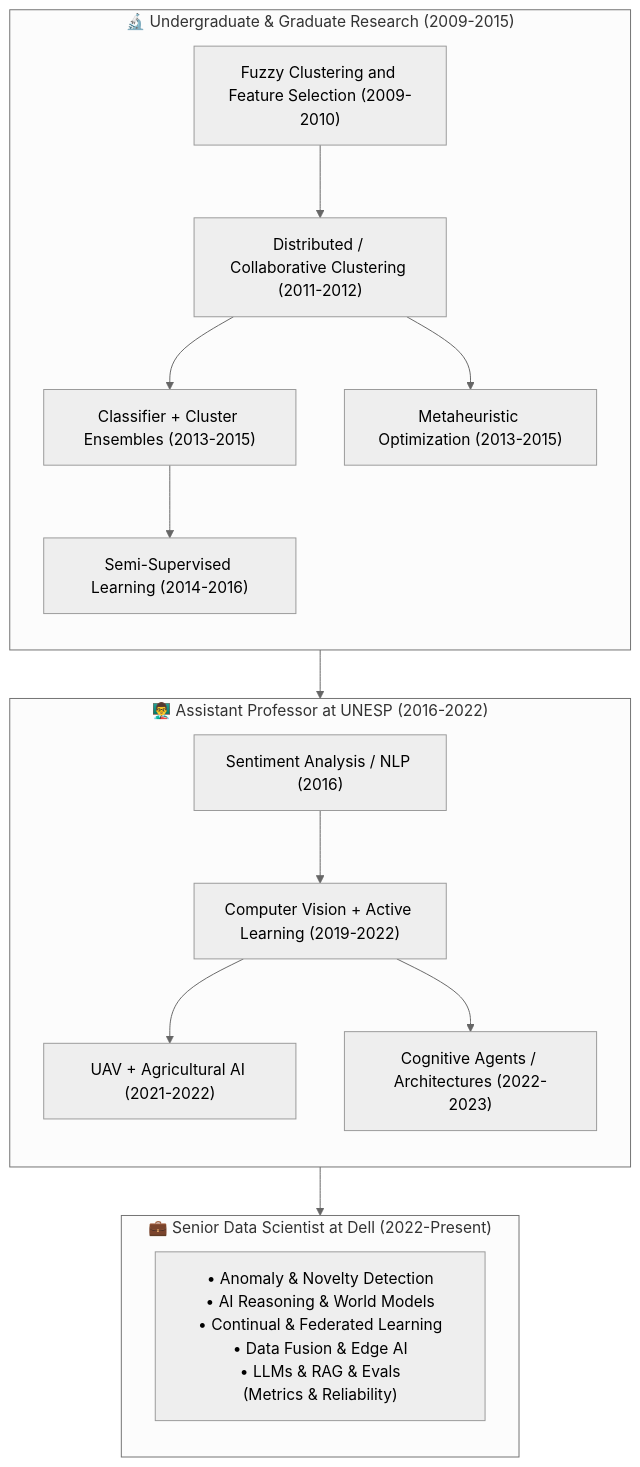
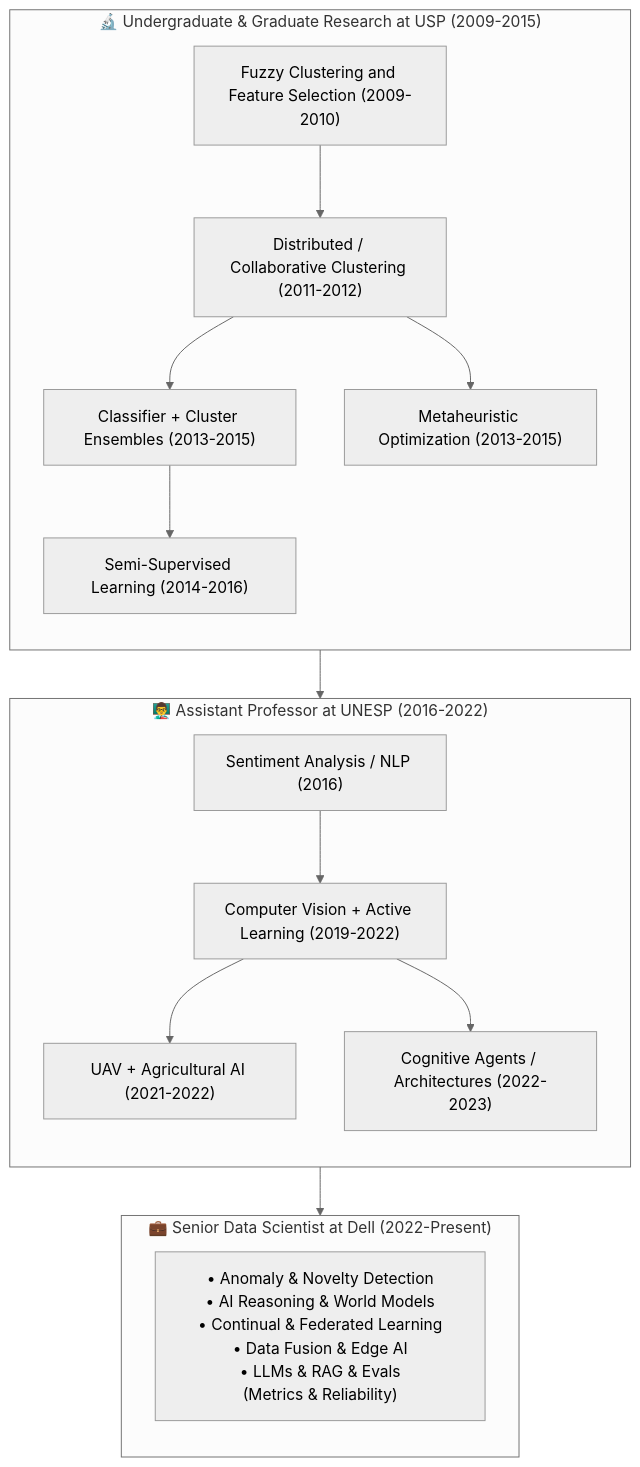
One commit to luizcoletta/luizcoletta.github.io changed the diagram in _pages/publications.md. Above: the diagram before and after it, drawn with Mermaid (neutral theme).

Commit message:
feat: updating publications page

```diff
--- a/_pages/publications.md
+++ b/_pages/publications.md
@@ -129,26 +129,26 @@
 <div class="mermaid">
 flowchart TD
-    subgraph Phase1["🔬 Undergraduate & Graduate Research (2009-2015)"]
+    subgraph Phase1["🔬 Undergraduate & Graduate Research at USP (2009-2015)"]
         direction TB
         A["Fuzzy Clustering and Feature Selection (2009-2010)"] --> B["Distributed / Collaborative Clustering (2011-2012)"]
         B --> C["Classifier + Cluster Ensembles (2013-2015)"]
         B --> D["Metaheuristic Optimization (2013-2015)"]
         C --> E["Semi-Supervised Learning (2014-2016)"]
     end
 
     subgraph Phase2["👨‍🏫 Assistant Professor at UNESP (2016-2022)"]
         direction TB
         F["Sentiment Analysis / NLP (2016)"]
         F --> G["Computer Vision + Active Learning (2019-2022)"]
         G --> H["UAV + Agricultural AI (2021-2022)"]
         G --> I["Cognitive Agents / Architectures (2022-2023)"]
     end
 
     subgraph Phase3["💼 Senior Data Scientist at Dell (2022-Present)"]
         direction TB
         J["<div style='width: 280px'>• Anomaly & Novelty Detection<br/>• AI Reasoning & World Models<br/>• Continual & Federated Learning<br/>• Data Fusion & Edge AI<br/>• LLMs & RAG & Evals<br/>(Metrics & Reliability)</div>"]
     end
 
     Phase1 --> Phase2 --> Phase3
 
 </div>
```
